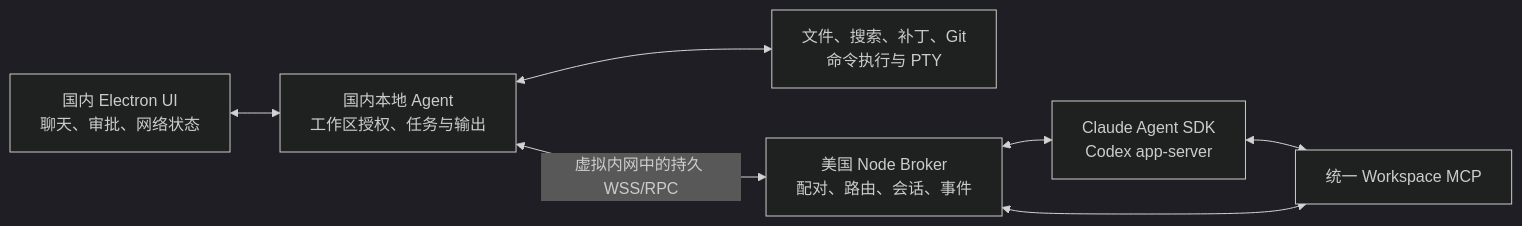
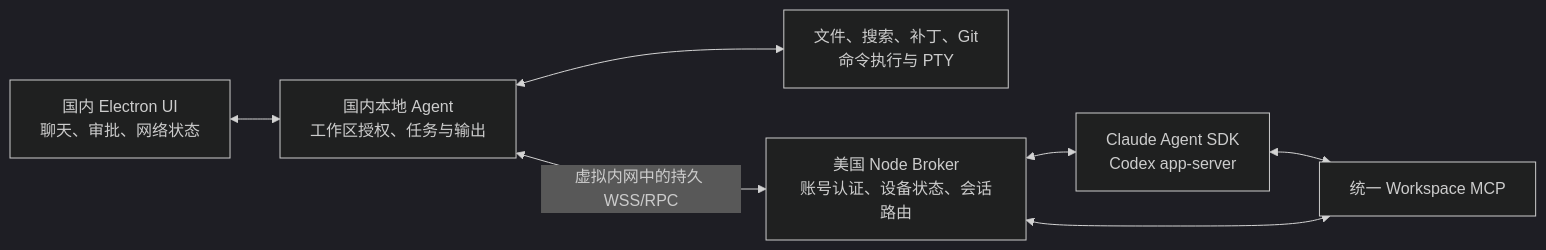
One commit to Xwatson/anywhere-mesh changed the first of 4 diagrams in docs/cross-border-ai-development-research.md. Above: the diagram before and after it, drawn with Mermaid (dark theme). The commit also changed other lines of this file and 21 other files, not shown here.

````diff
--- a/docs/cross-border-ai-development-research.md
+++ b/docs/cross-border-ai-development-research.md
@@ -93,9 +93,9 @@
 ```mermaid
 flowchart LR
     UI["国内 Electron UI<br/>聊天、审批、网络状态"] <--> Local["国内本地 Agent<br/>工作区授权、任务与输出"]
     Local <--> Exec["文件、搜索、补丁、Git<br/>命令执行与 PTY"]
-    Local <-->|"虚拟内网中的持久 WSS/RPC"| Broker["美国 Node Broker<br/>配对、路由、会话、事件"]
+    Local <-->|"虚拟内网中的持久 WSS/RPC"| Broker["美国 Node Broker<br/>账号认证、设备状态、会话路由"]
     Broker <--> AI["Claude Agent SDK<br/>Codex app-server"]
     AI <--> MCP["统一 Workspace MCP"]
     MCP <--> Broker
 ```
````
